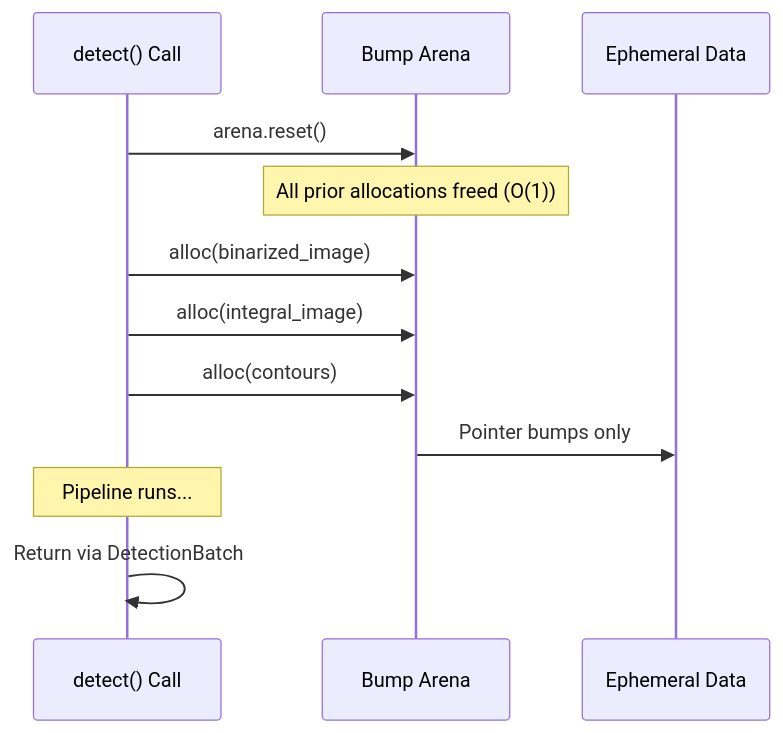
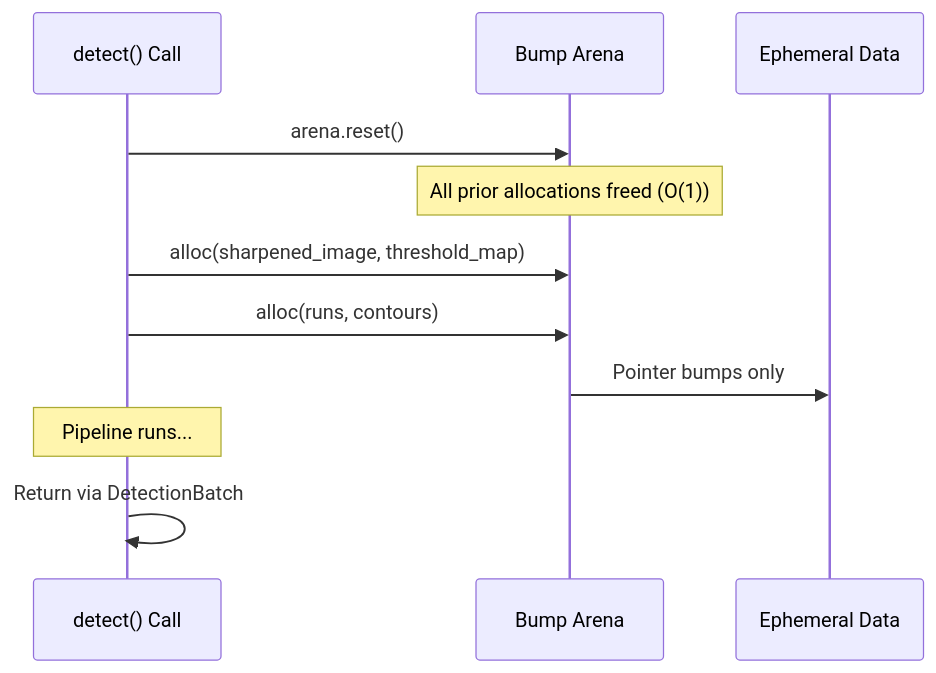
The second of 3 diagrams in docs/explanation/memory_model.md (NoeFontana/locus-tag), drawn with Mermaid before and after one commit. The commit also changed other lines of this file and 19 other files, not shown here.

````diff
--- a/docs/explanation/memory_model.md
+++ b/docs/explanation/memory_model.md
@@ -96,17 +105,16 @@
 ```mermaid
 sequenceDiagram
     participant Frame as detect() Call
     participant Arena as Bump Arena
     participant Allocs as Ephemeral Data
 
     Frame->>Arena: arena.reset()
     Note over Arena: All prior allocations freed (O(1))
 
-    Frame->>Arena: alloc(binarized_image)
-    Frame->>Arena: alloc(integral_image)
-    Frame->>Arena: alloc(contours)
+    Frame->>Arena: alloc(sharpened_image, threshold_map)
+    Frame->>Arena: alloc(runs, contours)
     Arena->>Allocs: Pointer bumps only
 
     Note over Frame: Pipeline runs...
     Frame->>Frame: Return via DetectionBatch
 ```
````
